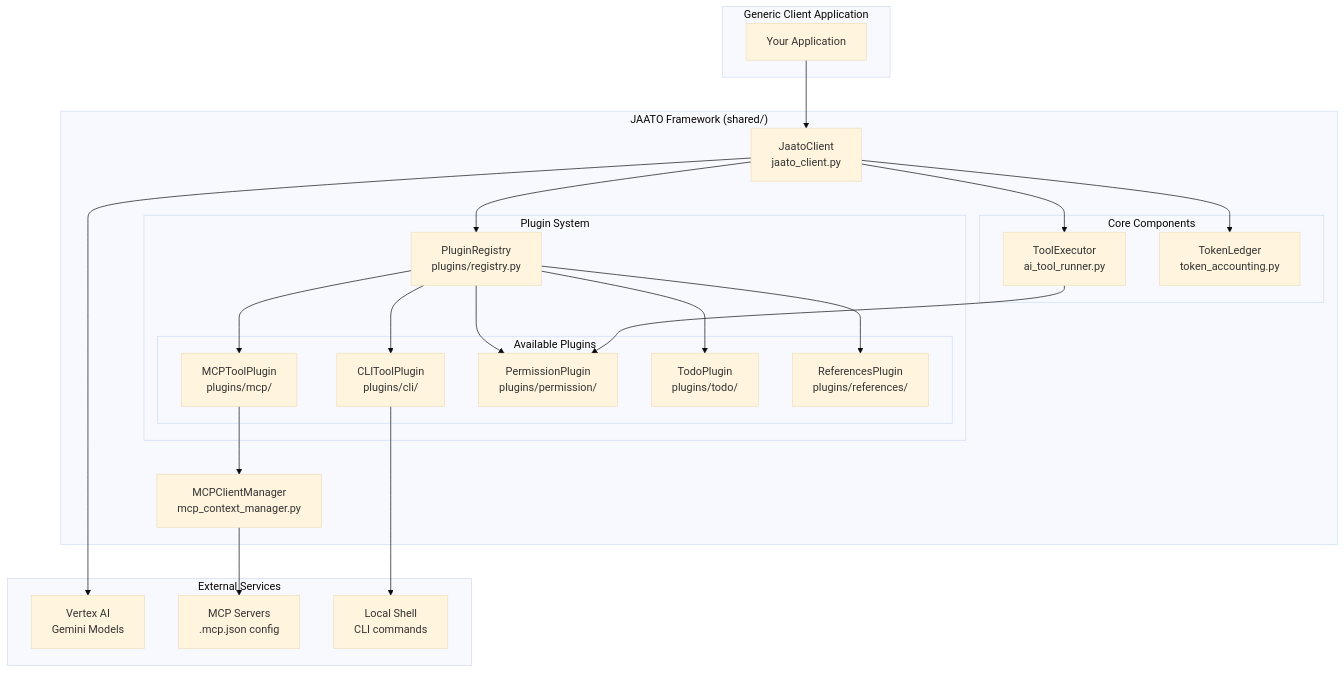
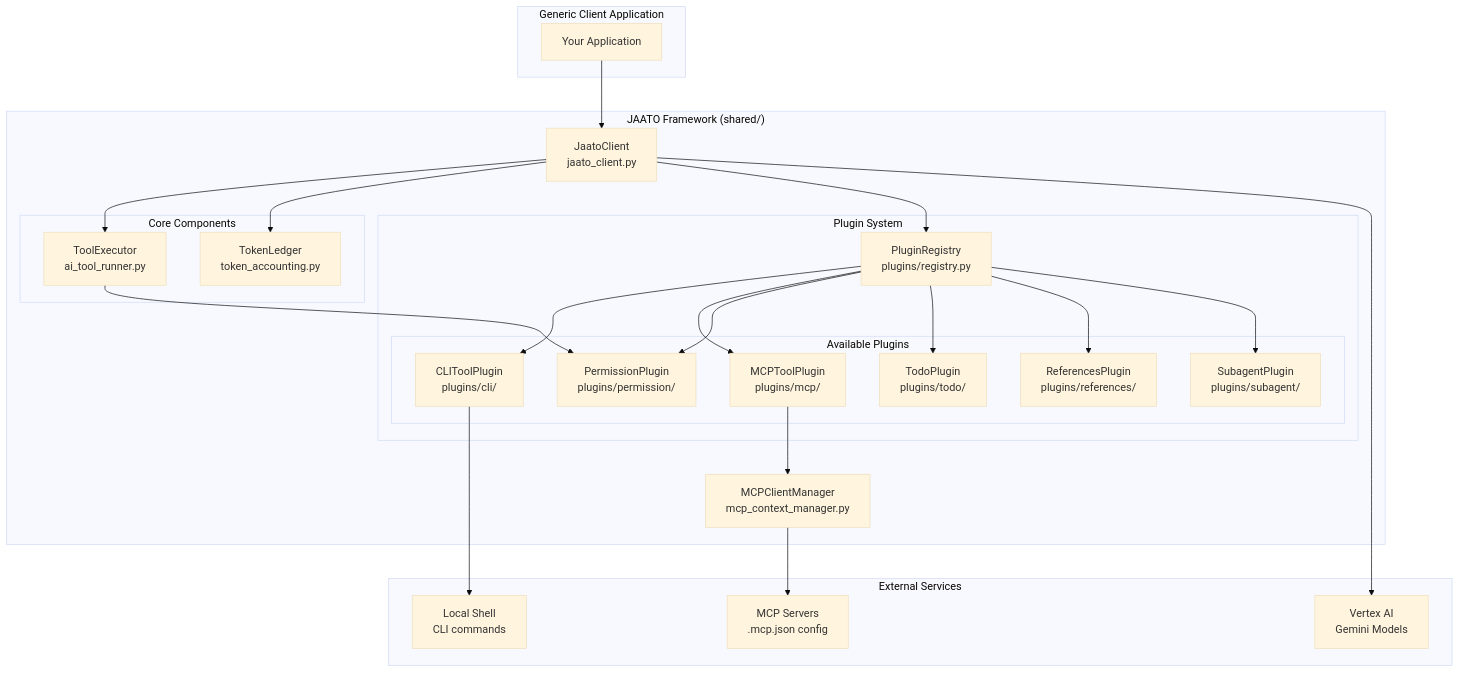
One commit to Jaato-framework-and-examples/jaato changed the first of 3 diagrams in docs/architecture.md. Above: the diagram before and after it, drawn with Mermaid (base theme). The commit also changed other lines of this file and 1 other file, not shown here.

First line of the commit message:
feat: Add profiles user command to subagent plugin

````diff
--- a/docs/architecture.md
+++ b/docs/architecture.md
@@ -54,50 +54,52 @@
 ```mermaid
 flowchart TB
     subgraph Client["Generic Client Application"]
         App[Your Application]
     end
 
     subgraph Framework["JAATO Framework (shared/)"]
         JC[JaatoClient<br/>jaato_client.py]
 
         subgraph Core["Core Components"]
             TE[ToolExecutor<br/>ai_tool_runner.py]
             TL[TokenLedger<br/>token_accounting.py]
         end
 
         subgraph Plugins["Plugin System"]
             PR[PluginRegistry<br/>plugins/registry.py]
 
             subgraph Available["Available Plugins"]
                 CLI[CLIToolPlugin<br/>plugins/cli/]
                 MCP[MCPToolPlugin<br/>plugins/mcp/]
                 PERM[PermissionPlugin<br/>plugins/permission/]
                 TODO[TodoPlugin<br/>plugins/todo/]
                 REFS[ReferencesPlugin<br/>plugins/references/]
+                SUB[SubagentPlugin<br/>plugins/subagent/]
             end
         end
 
         MCM[MCPClientManager<br/>mcp_context_manager.py]
     end
 
     subgraph External["External Services"]
         VAI[Vertex AI<br/>Gemini Models]
         MCPS[MCP Servers<br/>.mcp.json config]
         Shell[Local Shell<br/>CLI commands]
     end
 
     App --> JC
     JC --> TE
     JC --> TL
     JC --> PR
     PR --> CLI
     PR --> MCP
     PR --> PERM
     PR --> TODO
     PR --> REFS
+    PR --> SUB
     TE --> PERM
     MCP --> MCM
     MCM --> MCPS
     CLI --> Shell
     JC --> VAI
 ```
````
